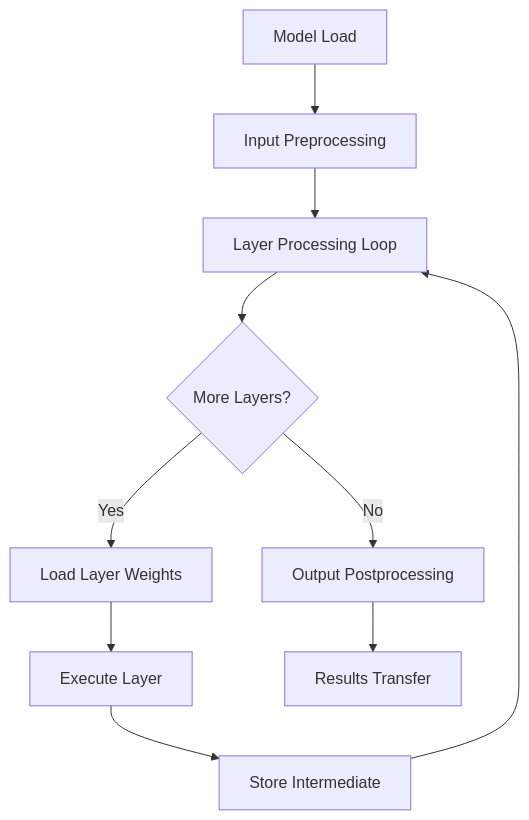
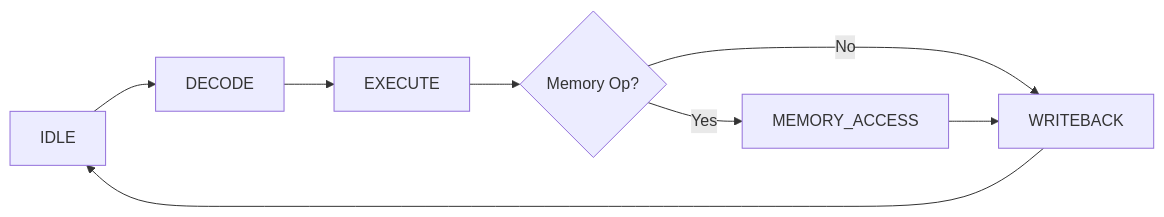
One commit to naqibannur/fpga-npu-pcie changed the second of 3 diagrams in .qoder/quests/fpga-npu-pcie-interface.md. Above: the diagram before and after it, drawn with Mermaid. The commit also changed other lines of this file, not shown here.

````diff
--- a/.qoder/quests/fpga-npu-pcie-interface.md
+++ b/.qoder/quests/fpga-npu-pcie-interface.md
@@ -225,12 +179,10 @@
 ```mermaid
-graph TD
-    A[Model Load] --> B[Input Preprocessing]
-    B --> C[Layer Processing Loop]
-    C --> D{More Layers?}
-    D -->|Yes| E[Load Layer Weights]
-    E --> F[Execute Layer]
-    F --> G[Store Intermediate]
-    G --> C
-    D -->|No| H[Output Postprocessing]
-    H --> I[Results Transfer]
+graph LR
+    A["IDLE"] --> B["DECODE"]
+    B --> C["EXECUTE"]
+    C --> D{"Memory Op?"}
+    D -->|Yes| E["MEMORY_ACCESS"]
+    D -->|No| F["WRITEBACK"]
+    E --> F
+    F --> A
 ```
````
